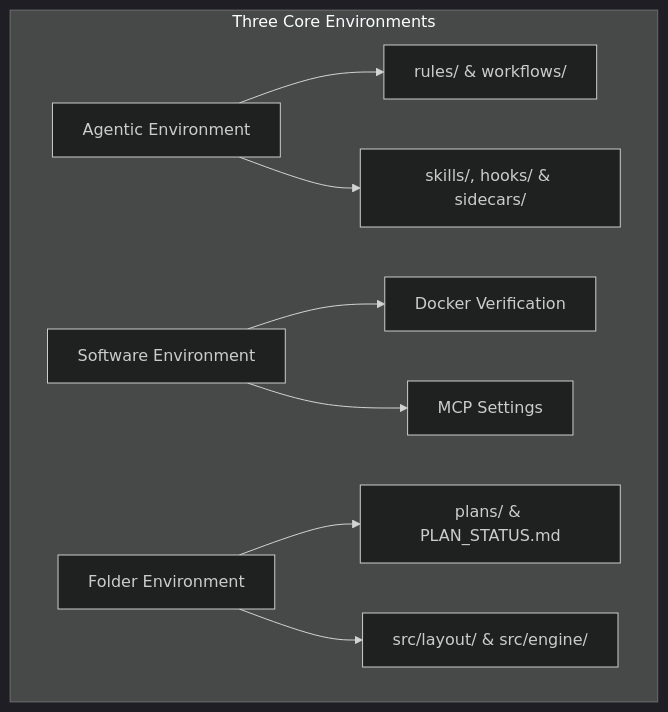
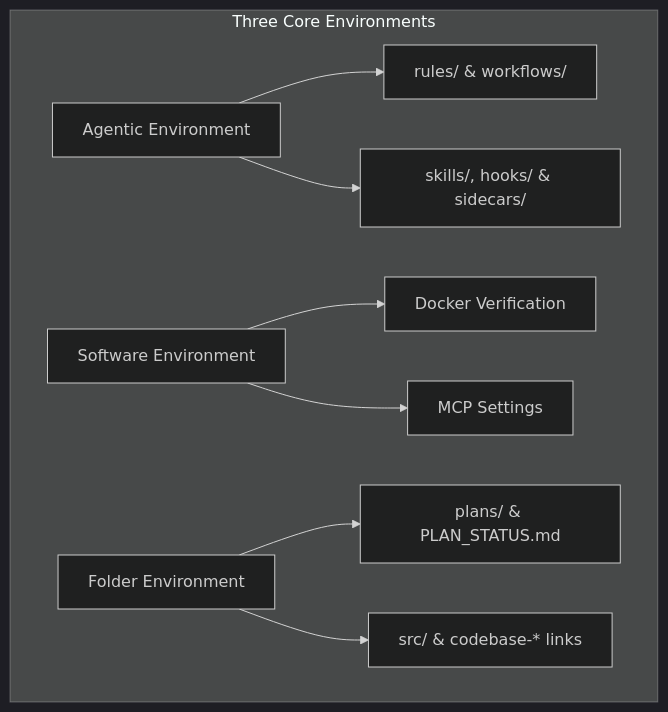
One commit to hrvthgergo/agent-driven-templates changed the first of 2 diagrams in fullstack_software_dev/init/init_workflow.md. Above: the diagram before and after it, drawn with Mermaid (dark theme). The commit also changed other lines of this file and 5 other files, not shown here.

Commit message:
Decouple legacy codebase restructuring into /process-history, simplify /init brownfield flow, and implement generic codebase-* layer skeletons with Option 3 Hybrid Docker strategy

````diff
--- a/fullstack_software_dev/init/init_workflow.md
+++ b/fullstack_software_dev/init/init_workflow.md
@@ -26,13 +29,13 @@
 ```mermaid
 graph TD
     subgraph Env [Three Core Environments]
         A[Agentic Environment] --> A1[rules/ & workflows/]
         A --> A2[skills/, hooks/ & sidecars/]
         
         B[Software Environment] --> B1[Docker Verification]
         B --> B2[MCP Settings]
         
         C[Folder Environment] --> C1[plans/ & PLAN_STATUS.md]
-        C --> C2[src/layout/ & src/engine/]
+        C --> C2[src/ & codebase-* links]
     end
 ```
````
